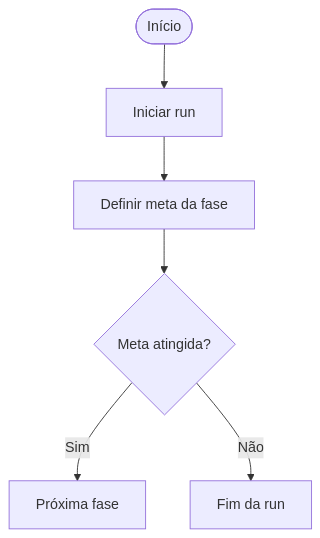
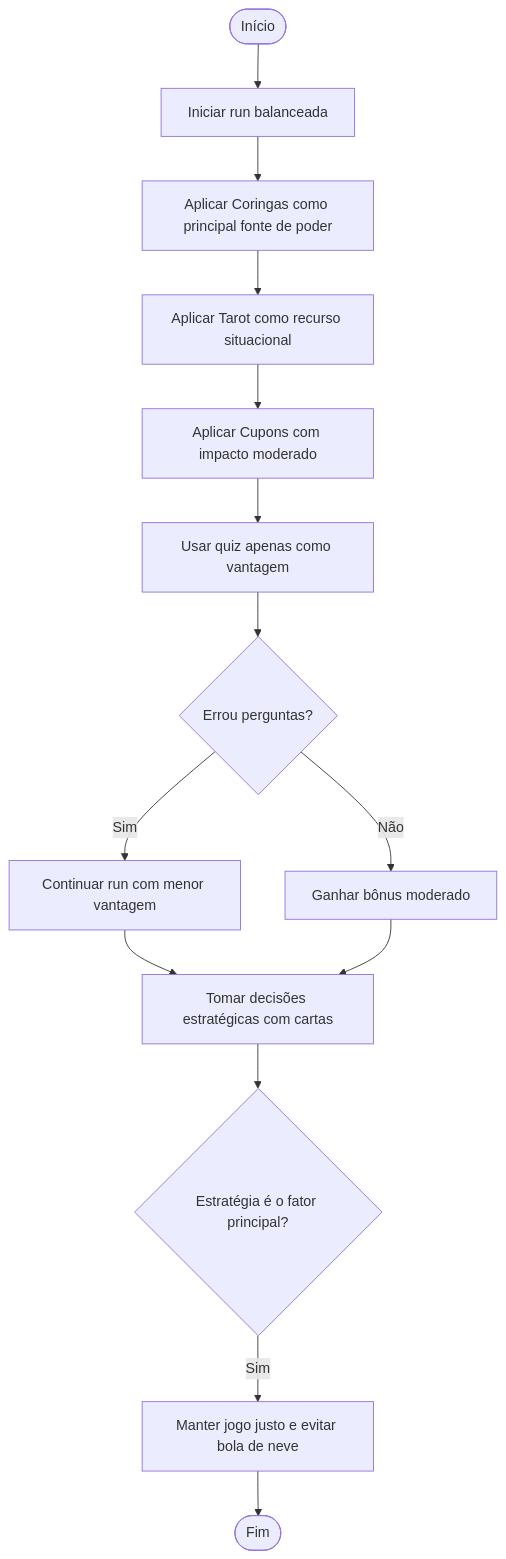
Before and after one commit to egs3-coder/Projeto-Interno: diagram 14 of 14 in README.md, drawn with Mermaid. The commit also changed other lines of this file, not shown here.

````diff
--- a/README.md
+++ b/README.md
@@ -200,8 +314,20 @@
 ```mermaid
 flowchart TD
-    A([Início]) --> B[Iniciar run]
-    B --> C[Definir meta da fase]
-    C --> D{Meta atingida?}
-    D -->|Sim| E[Próxima fase]
-    D -->|Não| F[Fim da run]
+   A([Início]) --> B[Iniciar run balanceada]
+    B --> C[Aplicar Coringas como principal fonte de poder]
+    C --> D[Aplicar Tarot como recurso situacional]
+    D --> E[Aplicar Cupons com impacto moderado]
+    E --> F[Usar quiz apenas como vantagem]
+    F --> G{Errou perguntas?}
+
+    G -->|Sim| H[Continuar run com menor vantagem]
+    H --> I[Tomar decisões estratégicas com cartas]
+
+    G -->|Não| J[Ganhar bônus moderado]
+    J --> I
+
+    I --> K{Estratégia é o fator principal?}
+    K -->|Sim| L[Manter jogo justo e evitar bola de neve]
+    L --> M([Fim])
+
 ```
````
